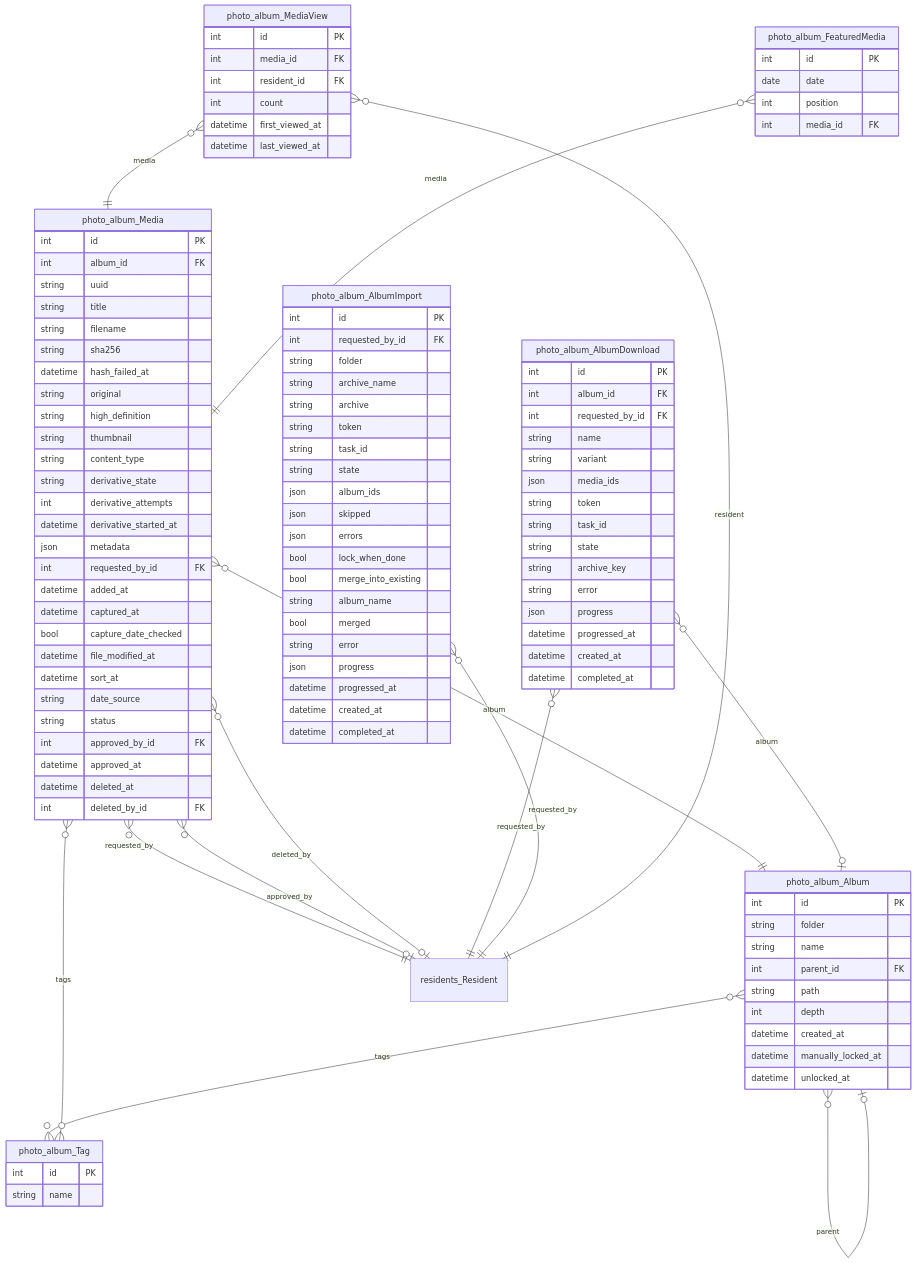
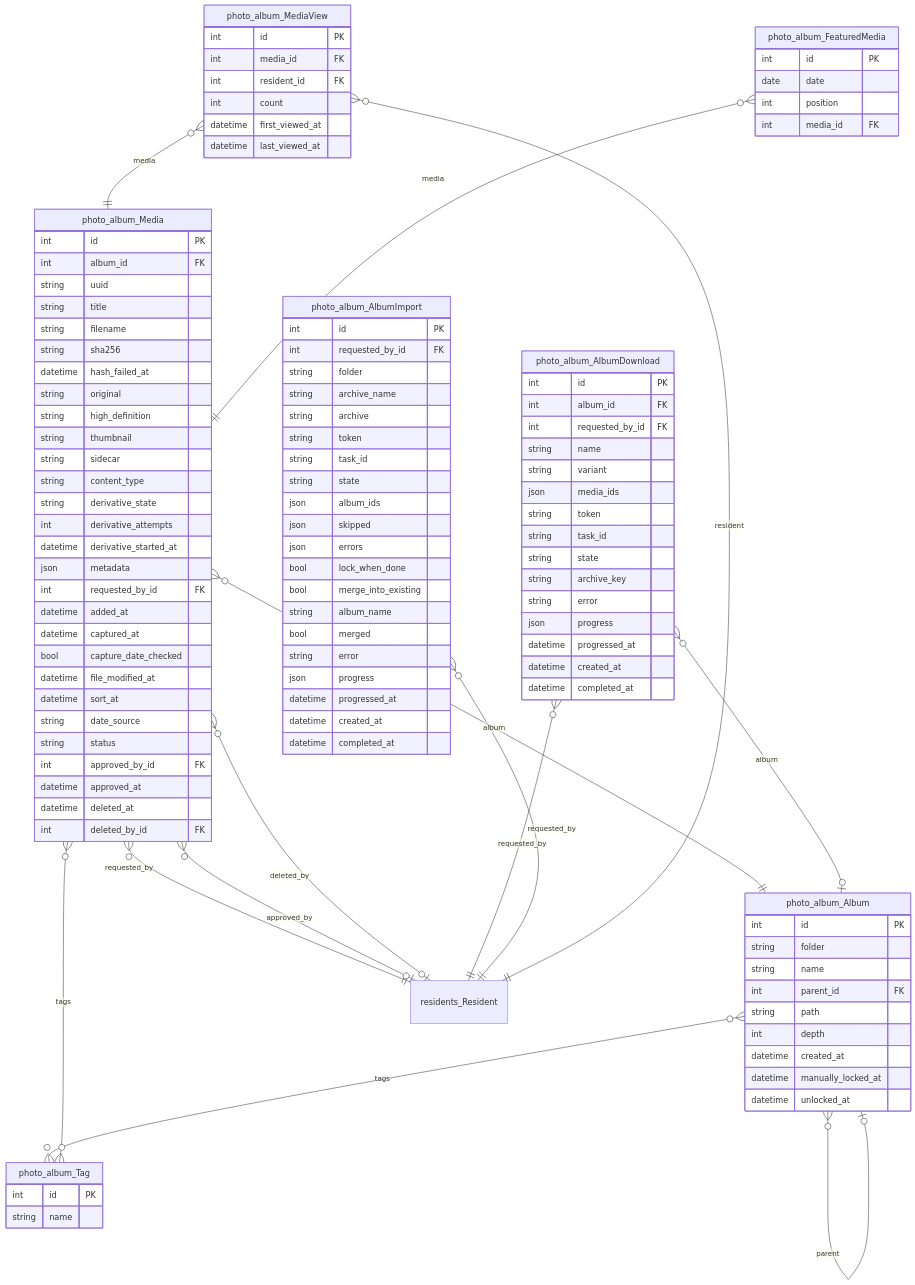
One commit to GAHK-org/gahk_intern changed diagram 12 of 16 in docs/erd.md. Above: the diagram before and after it, drawn with Mermaid. The commit also changed other lines of this file and 8 other files, not shown here.

```diff
--- a/docs/erd.md
+++ b/docs/erd.md
@@ -1391,6 +1392,7 @@
         string original
         string high_definition
         string thumbnail
+        string sidecar
         string content_type
         string derivative_state
         int derivative_attempts
```
